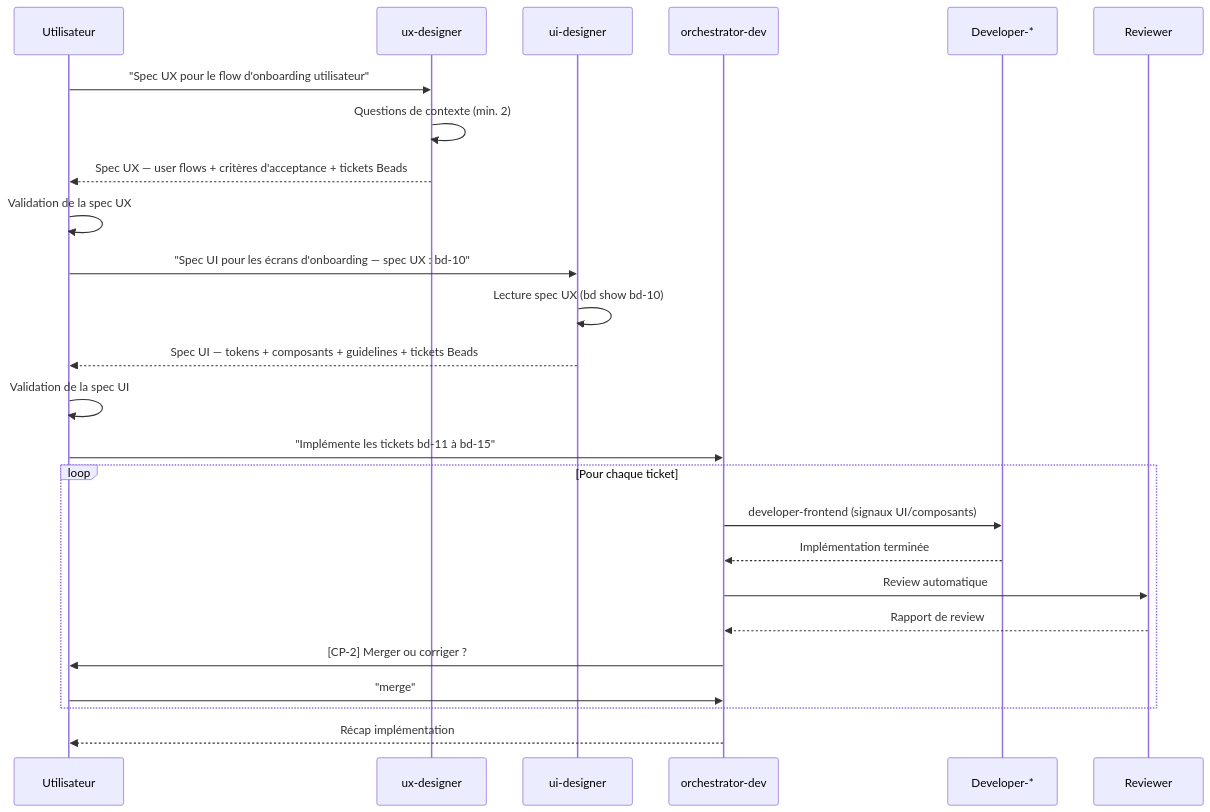
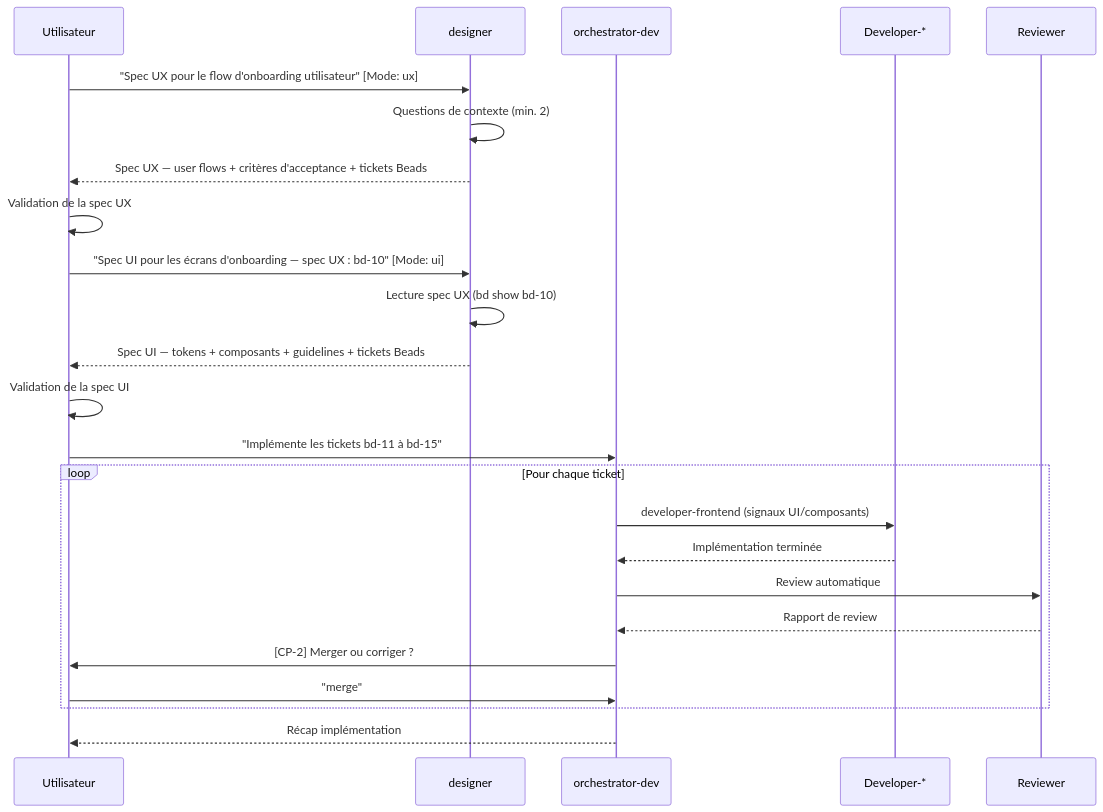
Before and after one commit to datichb/openhub: the fourth of 6 diagrams in docs/guides/workflows.fr.md, drawn with Mermaid. The commit also changed other lines of this file and 87 other files, not shown here.

````diff
--- a/docs/guides/workflows.fr.md
+++ b/docs/guides/workflows.fr.md
@@ -549,30 +550,29 @@
 ```mermaid
 sequenceDiagram
     participant U as Utilisateur
-    participant UX as ux-designer
-    participant UI as ui-designer
+    participant D as designer
     participant OD as orchestrator-dev
     participant DEV as Developer-*
     participant R as Reviewer
 
-    U->>UX: "Spec UX pour le flow d'onboarding utilisateur"
-    UX->>UX: Questions de contexte (min. 2)
-    UX-->>U: Spec UX — user flows + critères d'acceptance + tickets Beads
+    U->>D: "Spec UX pour le flow d'onboarding utilisateur" [Mode: ux]
+    D->>D: Questions de contexte (min. 2)
+    D-->>U: Spec UX — user flows + critères d'acceptance + tickets Beads
     U->>U: Validation de la spec UX
 
-    U->>UI: "Spec UI pour les écrans d'onboarding — spec UX : bd-10"
-    UI->>UI: Lecture spec UX (bd show bd-10)
-    UI-->>U: Spec UI — tokens + composants + guidelines + tickets Beads
+    U->>D: "Spec UI pour les écrans d'onboarding — spec UX : bd-10" [Mode: ui]
+    D->>D: Lecture spec UX (bd show bd-10)
+    D-->>U: Spec UI — tokens + composants + guidelines + tickets Beads
     U->>U: Validation de la spec UI
 
     U->>OD: "Implémente les tickets bd-11 à bd-15"
     loop Pour chaque ticket
         OD->>DEV: developer-frontend (signaux UI/composants)
         DEV-->>OD: Implémentation terminée
         OD->>R: Review automatique
         R-->>OD: Rapport de review
         OD->>U: [CP-2] Merger ou corriger ?
         U->>OD: "merge"
     end
     OD-->>U: Récap implémentation
 ```
````
